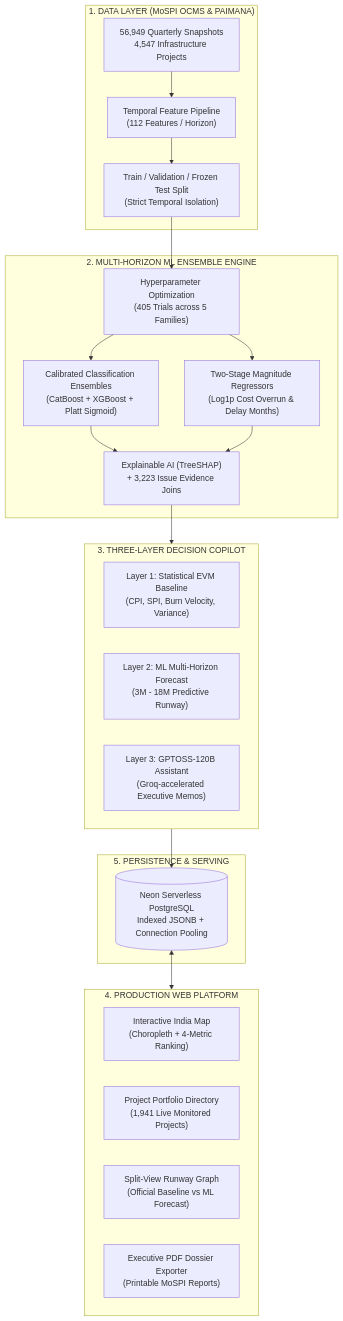
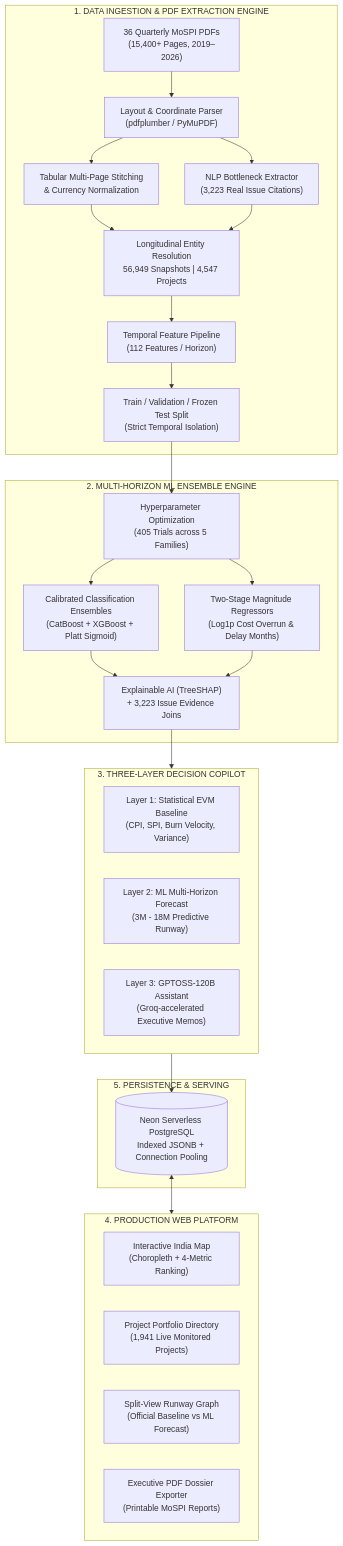
The diagram in README.md (idi01-git/PS103), drawn with Mermaid before and after one commit. The commit also changed other lines of this file and 2 other files, not shown here.

Commit message:
docs: document comprehensive multi-year MoSPI PDF data extraction pipeline and longitudinal entity resolution

````diff
--- a/README.md
+++ b/README.md
@@ -48,36 +65,40 @@
 ```mermaid
 flowchart TB
-    subgraph DataIngestion["1. DATA LAYER (MoSPI OCMS & PAIMANA)"]
-        D1["56,949 Quarterly Snapshots<br/>4,547 Infrastructure Projects"] --> D2["Temporal Feature Pipeline<br/>(112 Features / Horizon)"]
+    subgraph DataIngestion["1. DATA INGESTION & PDF EXTRACTION ENGINE"]
+        P1["36 Quarterly MoSPI PDFs<br/>(15,400+ Pages, 2019–2026)"] --> P2["Layout & Coordinate Parser<br/>(pdfplumber / PyMuPDF)"]
+        P2 --> P3["Tabular Multi-Page Stitching<br/>& Currency Normalization"]
+        P2 --> P4["NLP Bottleneck Extractor<br/>(3,223 Real Issue Citations)"]
+        P3 & P4 --> D1["Longitudinal Entity Resolution<br/>56,949 Snapshots | 4,547 Projects"]
+        D1 --> D2["Temporal Feature Pipeline<br/>(112 Features / Horizon)"]
         D2 --> D3["Train / Validation / Frozen Test Split<br/>(Strict Temporal Isolation)"]
     end
 
     subgraph MLEngine["2. MULTI-HORIZON ML ENSEMBLE ENGINE"]
         M1["Hyperparameter Optimization<br/>(405 Trials across 5 Families)"]
         M2["Calibrated Classification Ensembles<br/>(CatBoost + XGBoost + Platt Sigmoid)"]
         M3["Two-Stage Magnitude Regressors<br/>(Log1p Cost Overrun & Delay Months)"]
         M4["Explainable AI (TreeSHAP)<br/>+ 3,223 Issue Evidence Joins"]
         D3 --> M1 --> M2 & M3 --> M4
     end
 
     subgraph ThreeLayerIntelligence["3. THREE-LAYER DECISION COPILOT"]
         L1["Layer 1: Statistical EVM Baseline<br/>(CPI, SPI, Burn Velocity, Variance)"]
         L2["Layer 2: ML Multi-Horizon Forecast<br/>(3M - 18M Predictive Runway)"]
         L3["Layer 3: GPTOSS-120B Assistant<br/>(Groq-accelerated Executive Memos)"]
     end
 
     subgraph FrontendPlatform["4. PRODUCTION WEB PLATFORM"]
         F1["Interactive India Map<br/>(Choropleth + 4-Metric Ranking)"]
         F2["Project Portfolio Directory<br/>(1,941 Live Monitored Projects)"]
         F3["Split-View Runway Graph<br/>(Official Baseline vs ML Forecast)"]
         F4["Executive PDF Dossier Exporter<br/>(Printable MoSPI Reports)"]
     end
 
     subgraph BackendStorage["5. PERSISTENCE & SERVING"]
         DB[("Neon Serverless PostgreSQL<br/>Indexed JSONB + Connection Pooling")]
     end
 
     M4 --> ThreeLayerIntelligence
     ThreeLayerIntelligence --> DB
     DB <--> FrontendPlatform
 ```
````
